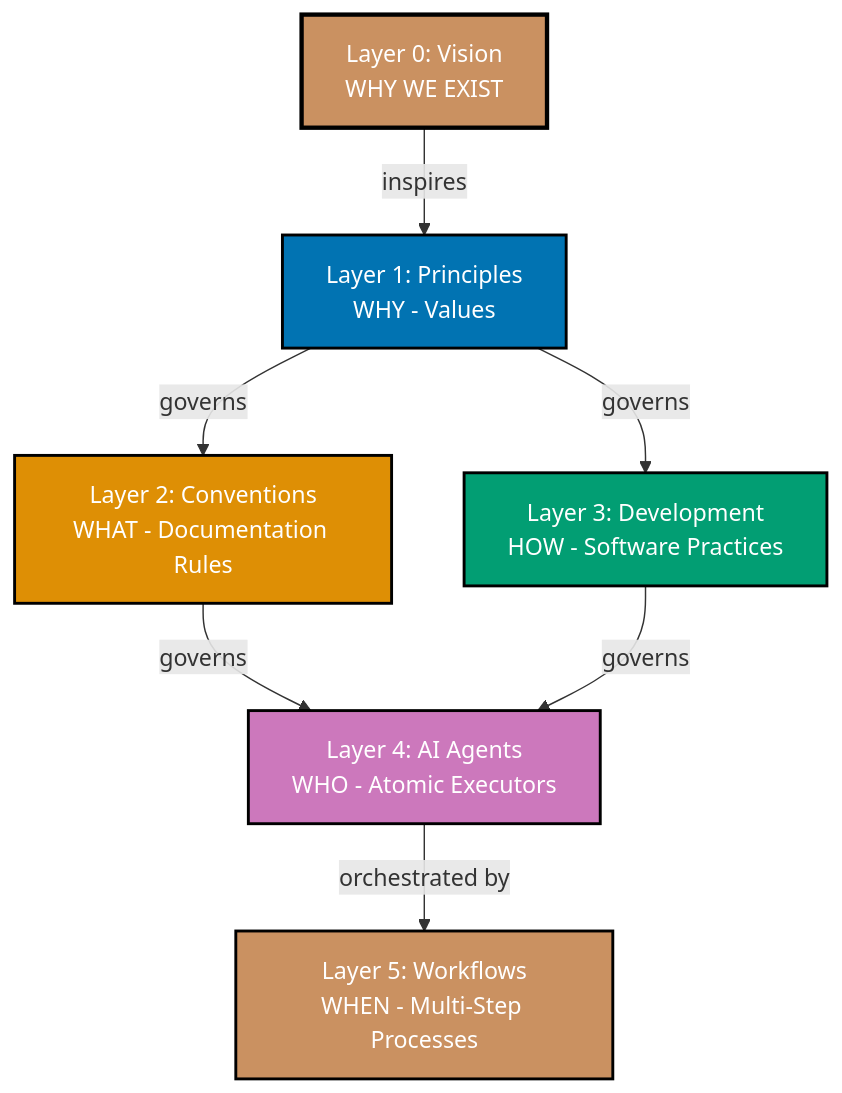
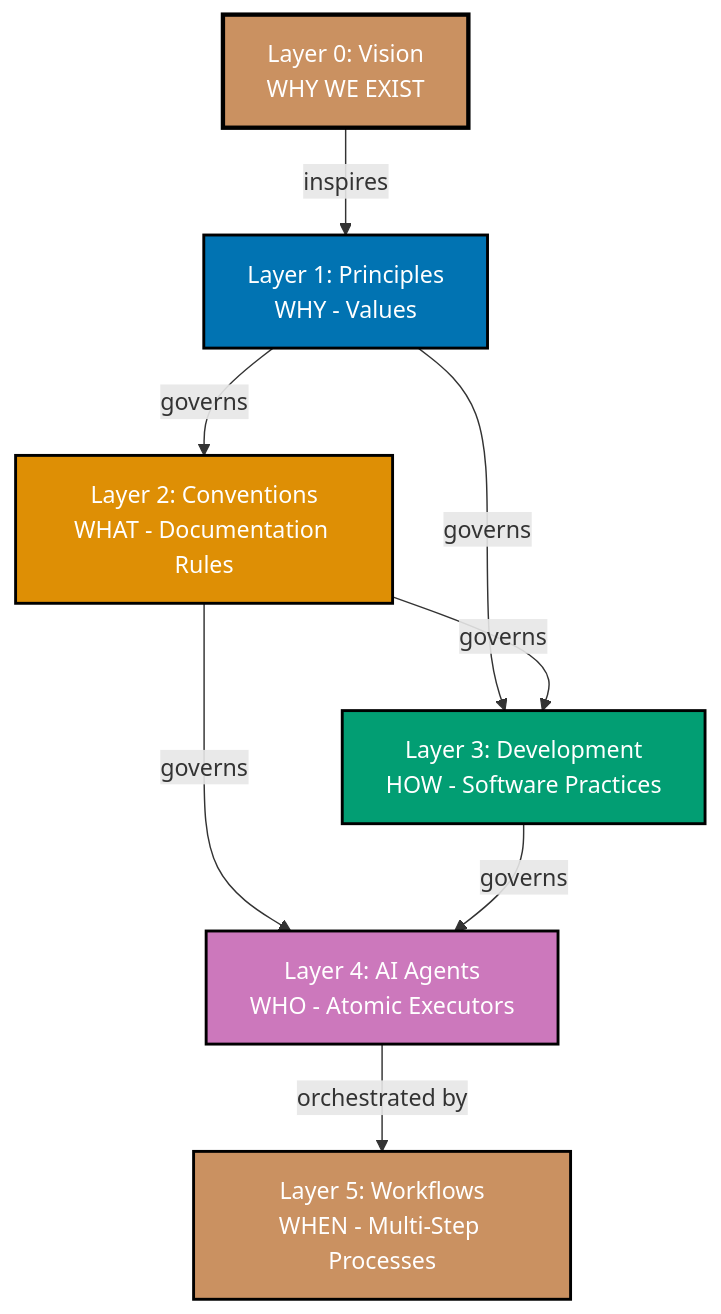
One commit to wahidyankf/open-sharia-enterprise changed the diagram in docs/explanation/ex__repository-governance-architecture.md. Above: the diagram before and after it, drawn with Mermaid. The commit also changed other lines of this file and 2 other files, not shown here.

First line of the commit message:
docs(architecture): update repository architecture and add validation

````diff
--- a/docs/explanation/ex__repository-governance-architecture.md
+++ b/docs/explanation/ex__repository-governance-architecture.md
@@ -32,24 +32,25 @@
 ```mermaid
 %% Color Palette: Blue #0173B2, Orange #DE8F05, Teal #029E73, Purple #CC78BC, Brown #CA9161
 graph TD
     L0[Layer 0: Vision<br/>WHY WE EXIST]
     L1[Layer 1: Principles<br/>WHY - Values]
     L2[Layer 2: Conventions<br/>WHAT - Documentation Rules]
     L3[Layer 3: Development<br/>HOW - Software Practices]
     L4[Layer 4: AI Agents<br/>WHO - Atomic Executors]
     L5[Layer 5: Workflows<br/>WHEN - Multi-Step Processes]
 
     L0 -->|inspires| L1
     L1 -->|governs| L2
     L1 -->|governs| L3
+    L2 -->|governs| L3
     L2 -->|governs| L4
     L3 -->|governs| L4
     L4 -->|orchestrated by| L5
 
     style L0 fill:#CA9161,stroke:#000000,color:#FFFFFF,stroke-width:3px
     style L1 fill:#0173B2,stroke:#000000,color:#FFFFFF,stroke-width:2px
     style L2 fill:#DE8F05,stroke:#000000,color:#FFFFFF,stroke-width:2px
     style L3 fill:#029E73,stroke:#000000,color:#FFFFFF,stroke-width:2px
     style L4 fill:#CC78BC,stroke:#000000,color:#FFFFFF,stroke-width:2px
     style L5 fill:#CA9161,stroke:#000000,color:#FFFFFF,stroke-width:2px
 ```
````
